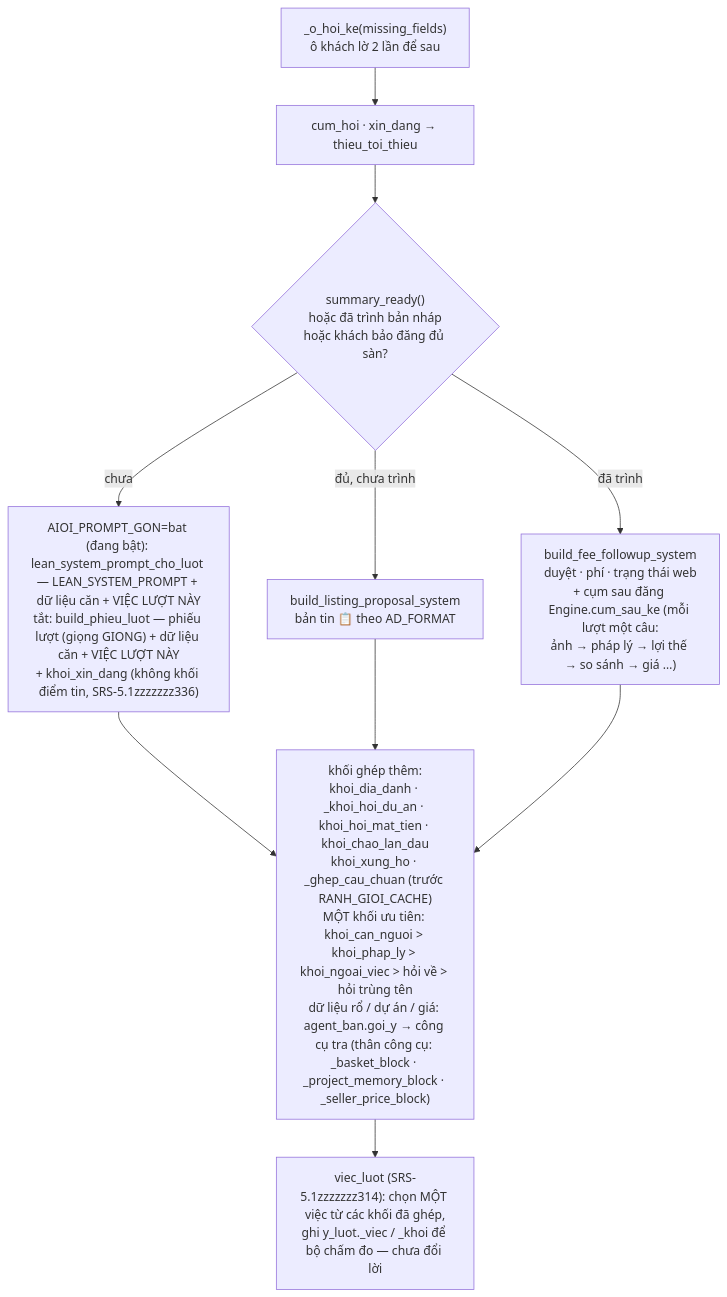
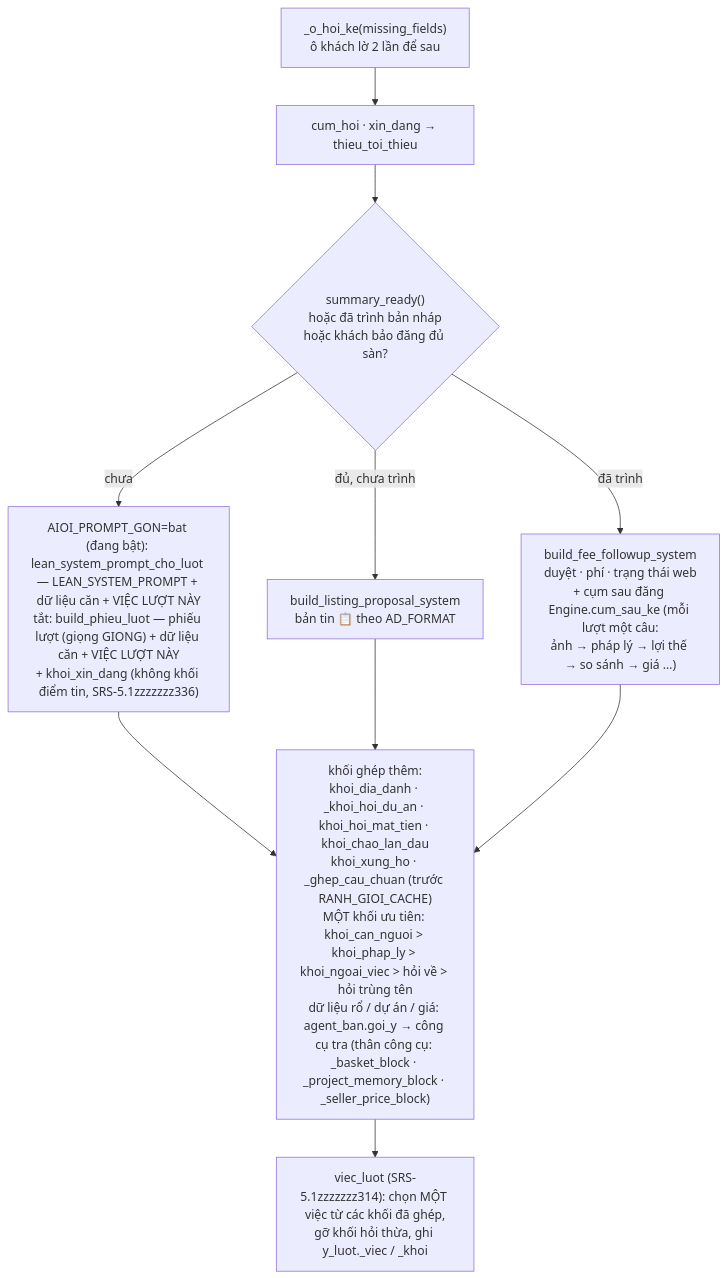
The third of 4 diagrams in docs/13-so-do-nhan-va-boc-tach.md (quang507/AOND), drawn with Mermaid before and after one commit. The commit also changed other lines of this file and 22 other files, not shown here.

First line of the commit message:
SRS-505: dọn code chết, bước ghi bớt 8 công cụ tư vấn, tài liệu bỏ vết bắn thử / bộ chấm

````diff
--- a/docs/13-so-do-nhan-va-boc-tach.md
+++ b/docs/13-so-do-nhan-va-boc-tach.md
@@ -84,10 +84,10 @@
 ```mermaid
 flowchart TD
   S0["_o_hoi_ke(missing_fields)<br/>ô khách lờ 2 lần để sau"] --> S1["cum_hoi · xin_dang → thieu_toi_thieu"]
   S1 --> S2{"summary_ready()<br/>hoặc đã trình bản nháp<br/>hoặc khách bảo đăng đủ sàn?"}
   S2 -->|chưa| C1["AIOI_PROMPT_GON=bat (đang bật): lean_system_prompt_cho_luot — LEAN_SYSTEM_PROMPT + dữ liệu căn + VIỆC LƯỢT NÀY<br/>tắt: build_phieu_luot — phiếu lượt (giọng GIONG) + dữ liệu căn + VIỆC LƯỢT NÀY<br/>+ khoi_xin_dang (không khối điểm tin, SRS-5.1zzzzzzz336)"]
   S2 -->|"đủ, chưa trình"| C2["build_listing_proposal_system<br/>bản tin 📋 theo AD_FORMAT"]
   S2 -->|"đã trình"| C3["build_fee_followup_system<br/>duyệt · phí · trạng thái web<br/>+ cụm sau đăng Engine.cum_sau_ke (mỗi lượt một câu:<br/>ảnh → pháp lý → lợi thế → so sánh → giá …)"]
   C1 & C2 & C3 --> K["khối ghép thêm:<br/>khoi_dia_danh · _khoi_hoi_du_an · khoi_hoi_mat_tien · khoi_chao_lan_dau<br/>khoi_xung_ho · _ghep_cau_chuan (trước RANH_GIOI_CACHE)<br/>MỘT khối ưu tiên: khoi_can_nguoi > khoi_phap_ly > khoi_ngoai_viec > hỏi về > hỏi trùng tên<br/>dữ liệu rổ / dự án / giá: agent_ban.goi_y → công cụ tra (thân công cụ: _basket_block · _project_memory_block · _seller_price_block)"]
-  K --> V["viec_luot (SRS-5.1zzzzzzz314): chọn MỘT việc từ các khối đã ghép,<br/>ghi y_luot._viec / _khoi để bộ chấm đo — chưa đổi lời"]
+  K --> V["viec_luot (SRS-5.1zzzzzzz314): chọn MỘT việc từ các khối đã ghép,<br/>gỡ khối hỏi thừa, ghi y_luot._viec / _khoi"]
 ```
````
